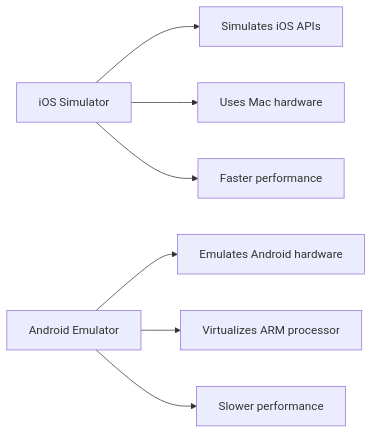
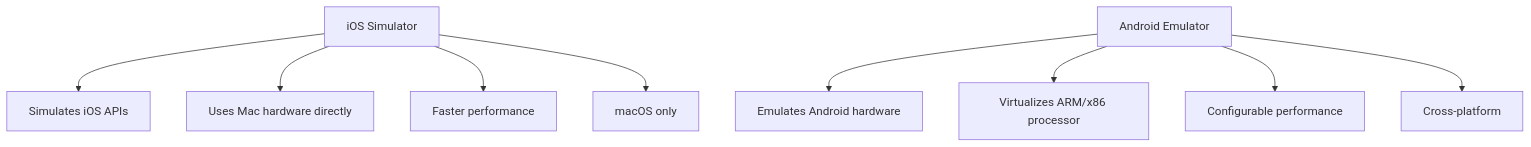
The first of 5 diagrams in modules/module-03-react-native-environment-with-expo/section-05-running-on-the-ios-simulator.md (nickPattLB303/react-native-examples), drawn with Mermaid before and after one commit. The commit also changed other lines of this file and 5 other files, not shown here.

First line of the commit message:
Enhance Module 3: Update Content for Cross-Platform React Native Development with Expo

````diff
--- a/modules/module-03-react-native-environment-with-expo/section-05-running-on-the-ios-simulator.md
+++ b/modules/module-03-react-native-environment-with-expo/section-05-running-on-the-ios-simulator.md
@@ -21,10 +21,12 @@
 ```mermaid
-graph LR
+graph TD
     A[iOS Simulator] --> B[Simulates iOS APIs]
-    A --> C[Uses Mac hardware]
+    A --> C[Uses Mac hardware directly]
     A --> D[Faster performance]
+    A --> E[macOS only]
 
-    E[Android Emulator] --> F[Emulates Android hardware]
-    E --> G[Virtualizes ARM processor]
-    E --> H[Slower performance]
+    F[Android Emulator] --> G[Emulates Android hardware]
+    F --> H[Virtualizes ARM/x86 processor]
+    F --> I[Configurable performance]
+    F --> J[Cross-platform]
 ```
````
